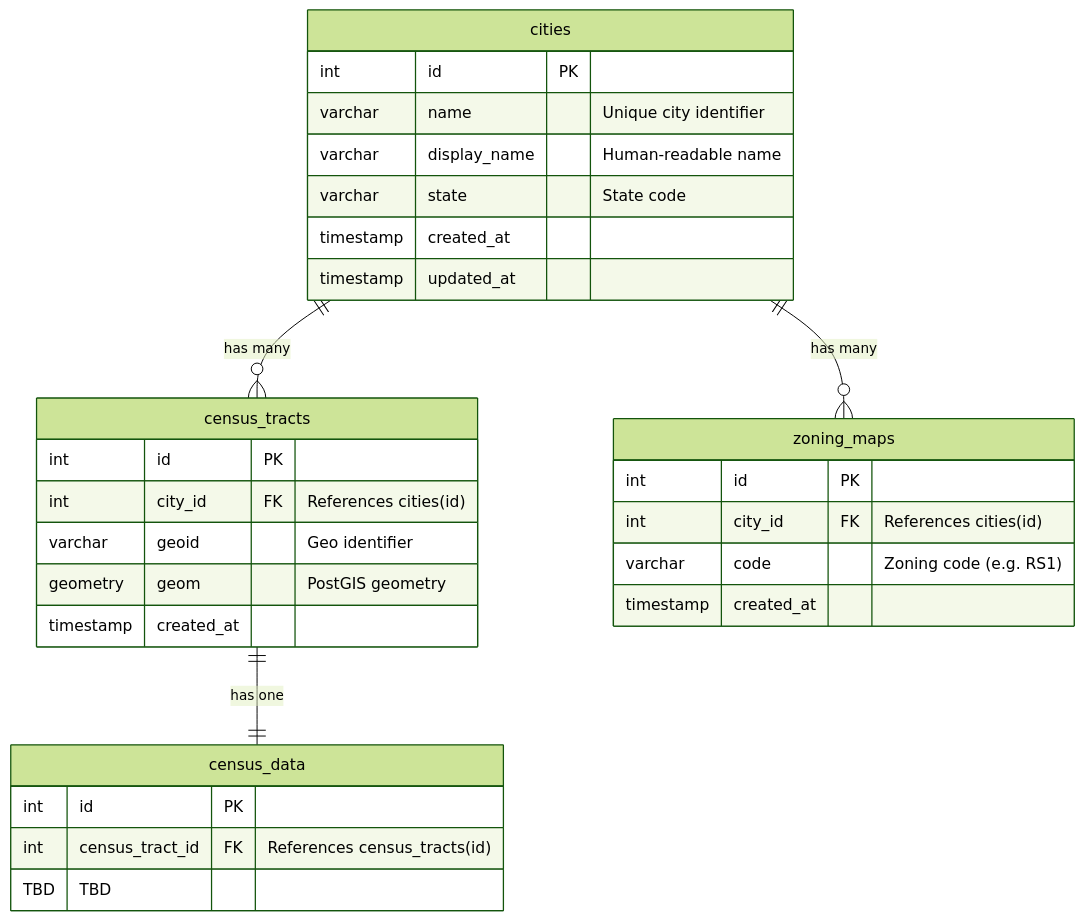
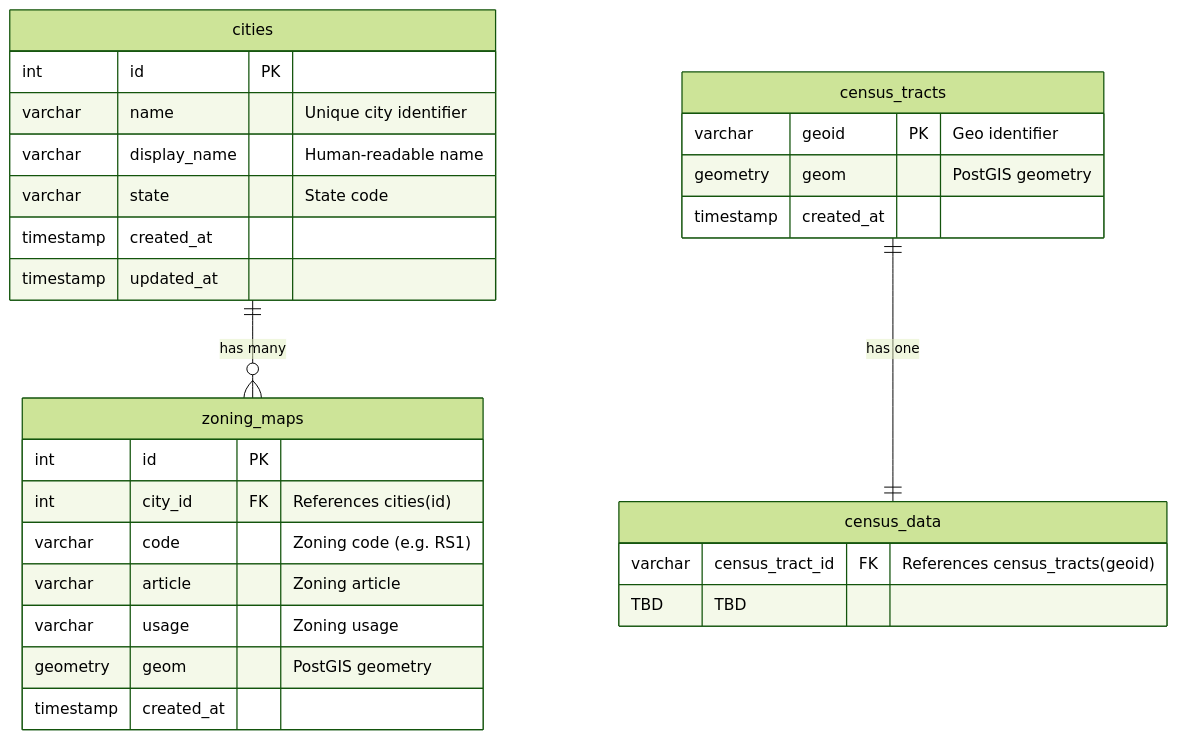
One commit to a2as-team/ac215_Spatially changed the diagram in README.md. Above: the diagram before and after it, drawn with Mermaid (forest theme). The commit also changed 17 other files, not shown here.

````diff
--- a/README.md
+++ b/README.md
@@ -7,36 +7,35 @@
 ```mermaid
 erDiagram
-    cities ||--o{ census_tracts : "has many"
     cities ||--o{ zoning_maps : "has many"
     census_tracts ||--|| census_data : "has one"
 
     cities {
         int id PK
         varchar name "Unique city identifier"
         varchar display_name "Human-readable name"
         varchar state "State code"
         timestamp created_at
         timestamp updated_at
     }
 
     census_tracts {
-        int id PK
-        int city_id FK "References cities(id)"
-        varchar geoid "Geo identifier"
+        varchar geoid PK "Geo identifier"
         geometry geom "PostGIS geometry"
         timestamp created_at
     }
 
     census_data {
-        int id PK
-        int census_tract_id FK "References census_tracts(id)"
+        varchar census_tract_id FK "References census_tracts(geoid)"
         TBD TBD 
     }
 
     zoning_maps {
         int id PK
         int city_id FK "References cities(id)"
         varchar code "Zoning code (e.g. RS1)"
+        varchar article "Zoning article"
+        varchar usage "Zoning usage"
+        geometry geom "PostGIS geometry"
         timestamp created_at
     }
 ```
````
